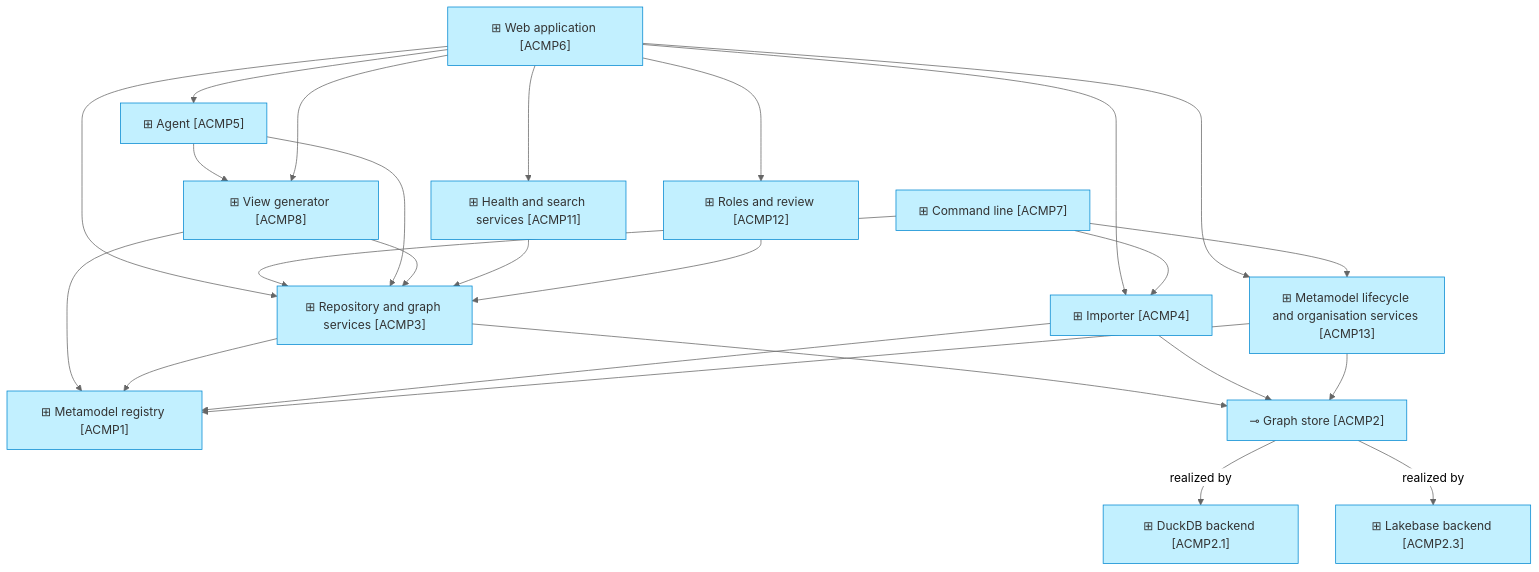
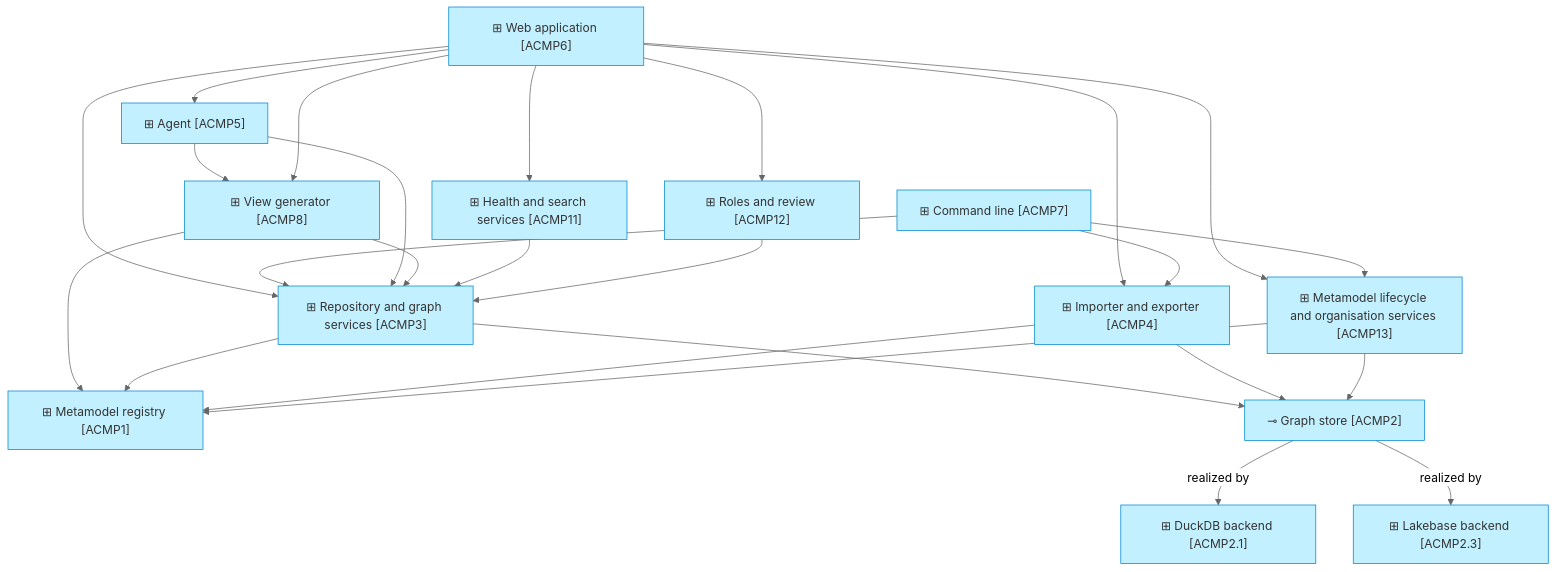
Before and after one commit to roanboc/dbx-enterprise-architecture: the second of 2 diagrams in architecture/4_application/README.md, drawn with Mermaid (neutral theme). The commit also changed 17 other files, not shown here.

````diff
--- a/architecture/4_application/README.md
+++ b/architecture/4_application/README.md
@@ -38,43 +38,43 @@
 ```mermaid
 flowchart TB
   ui["⊞ Web application [ACMP6]"]:::application
   cli["⊞ Command line [ACMP7]"]:::application
   agent["⊞ Agent [ACMP5]"]:::application
   views["⊞ View generator [ACMP8]"]:::application
   svc["⊞ Repository and graph services [ACMP3]"]:::application
-  imp["⊞ Importer [ACMP4]"]:::application
+  imp["⊞ Importer and exporter [ACMP4]"]:::application
   reg["⊞ Metamodel registry [ACMP1]"]:::application
   store["⊸ Graph store [ACMP2]"]:::application
   duck["⊞ DuckDB backend [ACMP2.1]"]:::application
   lake["⊞ Lakebase backend [ACMP2.3]"]:::application
   meta["⊞ Metamodel lifecycle and organisation services [ACMP13]"]:::application
 
   ui --> svc
   ui --> imp
   ui --> agent
   cli --> svc
   cli --> imp
   agent --> svc
   agent --> views
   ui --> views
   views --> svc
   views --> reg
   svc --> reg
   imp --> reg
   svc --> store
   imp --> store
   health["⊞ Health and search services [ACMP11]"]:::application
   roles["⊞ Roles and review [ACMP12]"]:::application
   ui --> health
   ui --> roles
   health --> svc
   roles --> svc
   ui --> meta
   cli --> meta
   meta --> reg
   meta --> store
   store -->|realized by| duck
   store -->|realized by| lake
 
   classDef application fill:#c2f0ff,stroke:#0288d1,color:#333
 ```
````
